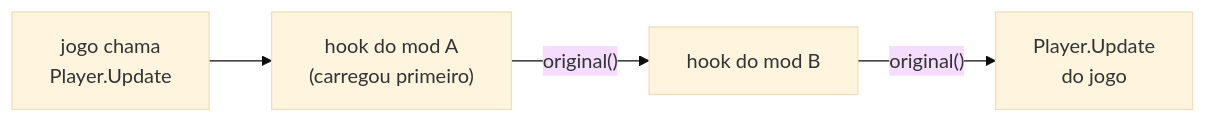
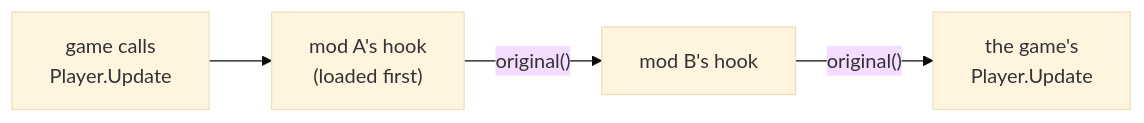
One commit to JonataOliveiraa/Bunny-Loader changed the second of 2 diagrams in docs/mods/01-hooks-do-zero.md. Above: the diagram before and after it, drawn with Mermaid (base theme). The commit also changed other lines of this file and 89 other files, not shown here.

````diff
--- a/docs/mods/01-hooks-do-zero.md
+++ b/docs/mods/01-hooks-do-zero.md
@@ -400,6 +419,6 @@
 ```mermaid
 flowchart LR
-    G["jogo chama<br/>Player.Update"] --> A["hook do mod A<br/>(carregou primeiro)"]
-    A -- "original()" --> B["hook do mod B"]
-    B -- "original()" --> F["Player.Update<br/>do jogo"]
+    G["game calls<br/>Player.Update"] --> A["mod A's hook<br/>(loaded first)"]
+    A -- "original()" --> B["mod B's hook"]
+    B -- "original()" --> F["the game's<br/>Player.Update"]
 ```
````
